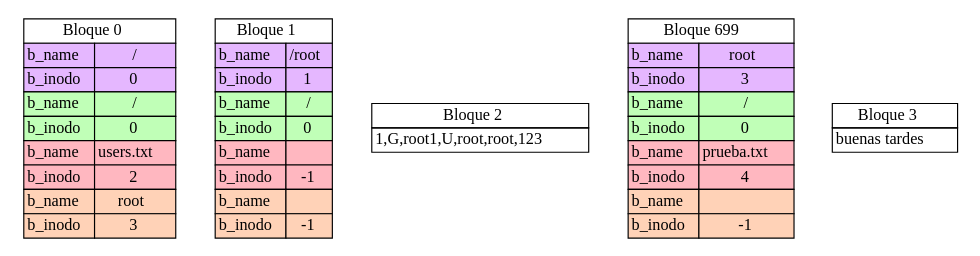
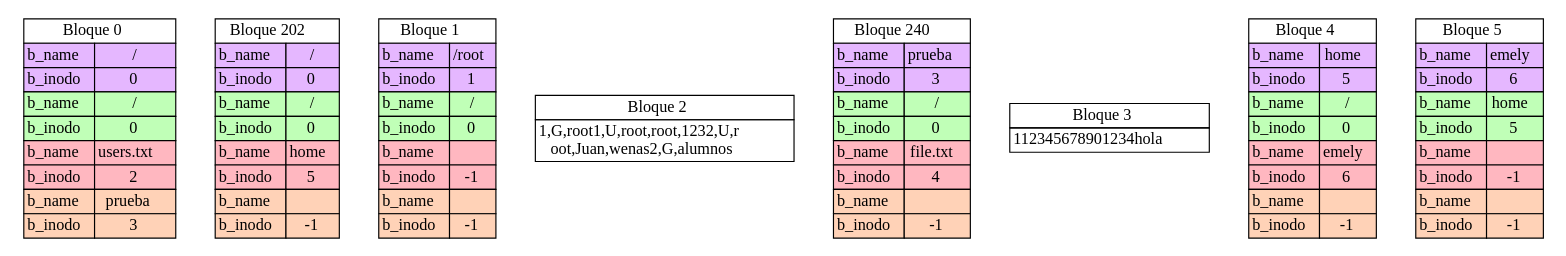
One commit to RojasCJP/Archivos_Practica1 changed the diagram in cmake-build-debug/report_blocks.dot. Above: the diagram before and after it, drawn with Graphviz. The commit also changed 22 other files, not shown here.

```diff
--- a/cmake-build-debug/report_blocks.dot
+++ b/cmake-build-debug/report_blocks.dot
@@ -1,56 +1,96 @@
 digraph di{
 b_0[ shape=plaintext label=< 
 <table border='0' cellborder='1' cellspacing='0'>
 <tr><td port="0" colspan="3">Bloque 0</td></tr>
 <tr><td bgcolor="#e5b7ff">b_name</td><td bgcolor="#e5b7ff" >/</td></tr>
 <tr><td bgcolor="#e5b7ff">b_inodo</td><td bgcolor="#e5b7ff">0</td></tr>
 <tr><td bgcolor="#c0ffb7">b_name</td><td bgcolor="#c0ffb7" >/</td></tr>
 <tr><td bgcolor="#c0ffb7">b_inodo</td><td bgcolor="#c0ffb7">0</td></tr>
 <tr><td bgcolor="#ffb7c0">b_name</td><td bgcolor="#ffb7c0" port="ib208">users.txt</td></tr>
 <tr><td bgcolor="#ffb7c0">b_inodo</td><td bgcolor="#ffb7c0">2</td></tr>
-<tr><td bgcolor="#ffd2b7">b_name</td><td bgcolor="#ffd2b7" port="ib312">root</td></tr>
+<tr><td bgcolor="#ffd2b7">b_name</td><td bgcolor="#ffd2b7" port="ib312">prueba</td></tr>
 <tr><td bgcolor="#ffd2b7">b_inodo</td><td bgcolor="#ffd2b7">3</td></tr>
+</table>
+>];
+b_202[ shape=plaintext label=< 
+<table border='0' cellborder='1' cellspacing='0'>
+<tr><td port="21008" colspan="3">Bloque 202</td></tr>
+<tr><td bgcolor="#e5b7ff">b_name</td><td bgcolor="#e5b7ff" >/</td></tr>
+<tr><td bgcolor="#e5b7ff">b_inodo</td><td bgcolor="#e5b7ff">0</td></tr>
+<tr><td bgcolor="#c0ffb7">b_name</td><td bgcolor="#c0ffb7" >/</td></tr>
+<tr><td bgcolor="#c0ffb7">b_inodo</td><td bgcolor="#c0ffb7">0</td></tr>
+<tr><td bgcolor="#ffb7c0">b_name</td><td bgcolor="#ffb7c0" port="ib520">home</td></tr>
+<tr><td bgcolor="#ffb7c0">b_inodo</td><td bgcolor="#ffb7c0">5</td></tr>
+<tr><td bgcolor="#ffd2b7">b_name</td><td bgcolor="#ffd2b7" ></td></tr>
+<tr><td bgcolor="#ffd2b7">b_inodo</td><td bgcolor="#ffd2b7">-1</td></tr>
 </table>
 >];
 b_1[ shape=plaintext label=< 
 <table border='0' cellborder='1' cellspacing='0'>
 <tr><td port="208" colspan="3">Bloque 1</td></tr>
 <tr><td bgcolor="#e5b7ff">b_name</td><td bgcolor="#e5b7ff" >/root</td></tr>
 <tr><td bgcolor="#e5b7ff">b_inodo</td><td bgcolor="#e5b7ff">1</td></tr>
 <tr><td bgcolor="#c0ffb7">b_name</td><td bgcolor="#c0ffb7" port="ib0">/</td></tr>
 <tr><td bgcolor="#c0ffb7">b_inodo</td><td bgcolor="#c0ffb7">0</td></tr>
 <tr><td bgcolor="#ffb7c0">b_name</td><td bgcolor="#ffb7c0" ></td></tr>
 <tr><td bgcolor="#ffb7c0">b_inodo</td><td bgcolor="#ffb7c0">-1</td></tr>
 <tr><td bgcolor="#ffd2b7">b_name</td><td bgcolor="#ffd2b7" ></td></tr>
 <tr><td bgcolor="#ffd2b7">b_inodo</td><td bgcolor="#ffd2b7">-1</td></tr>
 </table>
 >];
 b_2[ shape=plaintext label=< 
 <table border='0' cellborder='1' cellspacing='0'>
 <tr><td port="416">Bloque 2</td></tr>
 <tr><td>1,G,root
 1,U,root,root,123
+2,U,r<br/>oot,Juan,wenas
+2,G,alumnos
 </td></tr>
 </table>
 >];
-b_699[ shape=plaintext label=< 
+b_240[ shape=plaintext label=< 
 <table border='0' cellborder='1' cellspacing='0'>
-<tr><td port="73008" colspan="3">Bloque 699</td></tr>
-<tr><td bgcolor="#e5b7ff">b_name</td><td bgcolor="#e5b7ff" >root</td></tr>
+<tr><td port="25272" colspan="3">Bloque 240</td></tr>
+<tr><td bgcolor="#e5b7ff">b_name</td><td bgcolor="#e5b7ff" >prueba</td></tr>
 <tr><td bgcolor="#e5b7ff">b_inodo</td><td bgcolor="#e5b7ff">3</td></tr>
 <tr><td bgcolor="#c0ffb7">b_name</td><td bgcolor="#c0ffb7" port="ib0">/</td></tr>
 <tr><td bgcolor="#c0ffb7">b_inodo</td><td bgcolor="#c0ffb7">0</td></tr>
-<tr><td bgcolor="#ffb7c0">b_name</td><td bgcolor="#ffb7c0" port="ib416">prueba.txt</td></tr>
+<tr><td bgcolor="#ffb7c0">b_name</td><td bgcolor="#ffb7c0" port="ib416">file.txt</td></tr>
 <tr><td bgcolor="#ffb7c0">b_inodo</td><td bgcolor="#ffb7c0">4</td></tr>
 <tr><td bgcolor="#ffd2b7">b_name</td><td bgcolor="#ffd2b7" ></td></tr>
 <tr><td bgcolor="#ffd2b7">b_inodo</td><td bgcolor="#ffd2b7">-1</td></tr>
 </table>
 >];
 b_3[ shape=plaintext label=< 
 <table border='0' cellborder='1' cellspacing='0'>
 <tr><td port="728">Bloque 3</td></tr>
-<tr><td>buenas tardes
-</td></tr>
+<tr><td>112345678901234hola</td></tr>
+</table>
+>];
+b_4[ shape=plaintext label=< 
+<table border='0' cellborder='1' cellspacing='0'>
+<tr><td port="936" colspan="3">Bloque 4</td></tr>
+<tr><td bgcolor="#e5b7ff">b_name</td><td bgcolor="#e5b7ff" >home</td></tr>
+<tr><td bgcolor="#e5b7ff">b_inodo</td><td bgcolor="#e5b7ff">5</td></tr>
+<tr><td bgcolor="#c0ffb7">b_name</td><td bgcolor="#c0ffb7" port="ib0">/</td></tr>
+<tr><td bgcolor="#c0ffb7">b_inodo</td><td bgcolor="#c0ffb7">0</td></tr>
+<tr><td bgcolor="#ffb7c0">b_name</td><td bgcolor="#ffb7c0" port="ib624">emely</td></tr>
+<tr><td bgcolor="#ffb7c0">b_inodo</td><td bgcolor="#ffb7c0">6</td></tr>
+<tr><td bgcolor="#ffd2b7">b_name</td><td bgcolor="#ffd2b7" ></td></tr>
+<tr><td bgcolor="#ffd2b7">b_inodo</td><td bgcolor="#ffd2b7">-1</td></tr>
+</table>
+>];
+b_5[ shape=plaintext label=< 
+<table border='0' cellborder='1' cellspacing='0'>
+<tr><td port="1144" colspan="3">Bloque 5</td></tr>
+<tr><td bgcolor="#e5b7ff">b_name</td><td bgcolor="#e5b7ff" >emely</td></tr>
+<tr><td bgcolor="#e5b7ff">b_inodo</td><td bgcolor="#e5b7ff">6</td></tr>
+<tr><td bgcolor="#c0ffb7">b_name</td><td bgcolor="#c0ffb7" port="ib520">home</td></tr>
+<tr><td bgcolor="#c0ffb7">b_inodo</td><td bgcolor="#c0ffb7">5</td></tr>
+<tr><td bgcolor="#ffb7c0">b_name</td><td bgcolor="#ffb7c0" ></td></tr>
+<tr><td bgcolor="#ffb7c0">b_inodo</td><td bgcolor="#ffb7c0">-1</td></tr>
+<tr><td bgcolor="#ffd2b7">b_name</td><td bgcolor="#ffd2b7" ></td></tr>
+<tr><td bgcolor="#ffd2b7">b_inodo</td><td bgcolor="#ffd2b7">-1</td></tr>
 </table>
 >];
 }
```
